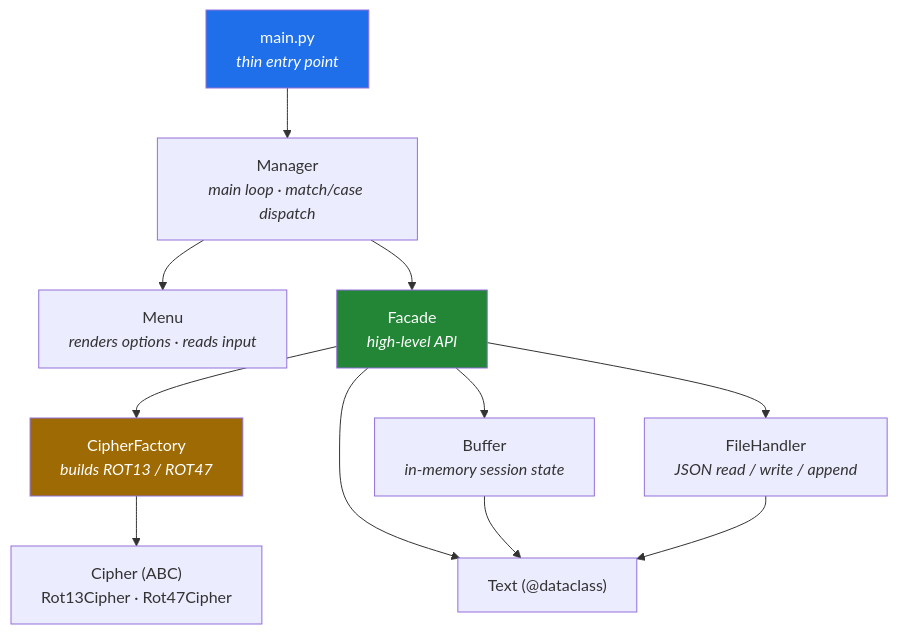
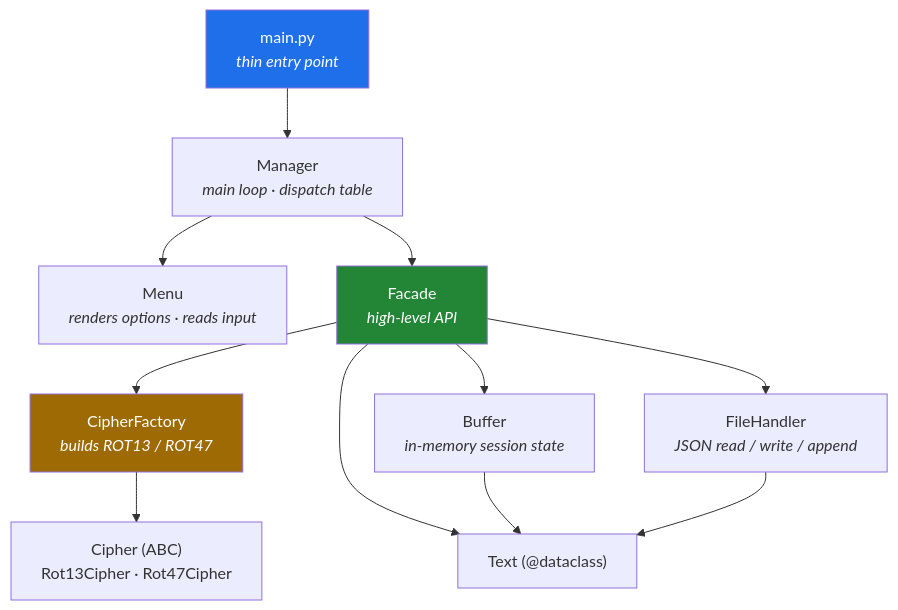
One commit to Robert-Stachowski/cipher changed the first of 2 diagrams in README.md. Above: the diagram before and after it, drawn with Mermaid. The commit also changed other lines of this file, not shown here.

````diff
--- a/README.md
+++ b/README.md
@@ -53,17 +56,17 @@
 ```mermaid
 flowchart TD
-    A["main.py<br/><i>thin entry point</i>"] --> B["Manager<br/><i>main loop · match/case dispatch</i>"]
+    A["main.py<br/><i>thin entry point</i>"] --> B["Manager<br/><i>main loop · dispatch table</i>"]
     B --> M["Menu<br/><i>renders options · reads input</i>"]
     B --> F["Facade<br/><i>high-level API</i>"]
     F --> C["CipherFactory<br/><i>builds ROT13 / ROT47</i>"]
     F --> BUF["Buffer<br/><i>in-memory session state</i>"]
     F --> S["FileHandler<br/><i>JSON read / write / append</i>"]
     C --> CIP["Cipher (ABC)<br/>Rot13Cipher · Rot47Cipher"]
     F --> T["Text (@dataclass)"]
     BUF --> T
     S --> T
 
     style A fill:#1f6feb,color:#fff
     style F fill:#238636,color:#fff
     style C fill:#9e6a03,color:#fff
 ```
````
